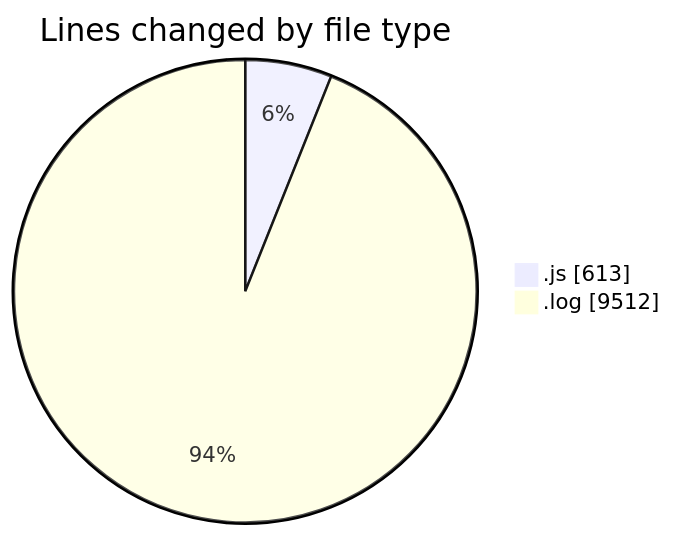
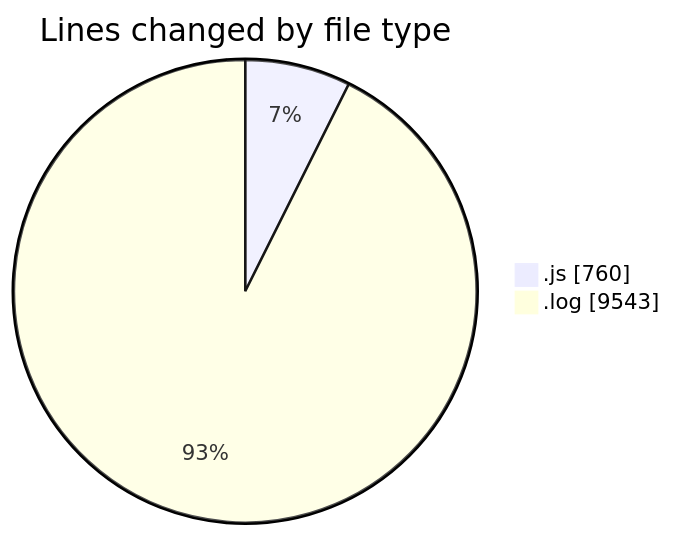
The first of 2 diagrams in 2025-04-04/jsvms/README.md (BS-eng2023/code-tracking), drawn with Mermaid before and after one commit. The commit also changed other lines of this file and 1 other file, not shown here.

````diff
--- a/2025-04-04/jsvms/README.md
+++ b/2025-04-04/jsvms/README.md
@@ -27,6 +28,6 @@
 ```mermaid
 pie showData
 title Lines changed by file type
-".js" : 613
-".log" : 9512
+".js" : 760
+".log" : 9543
 ```
````
